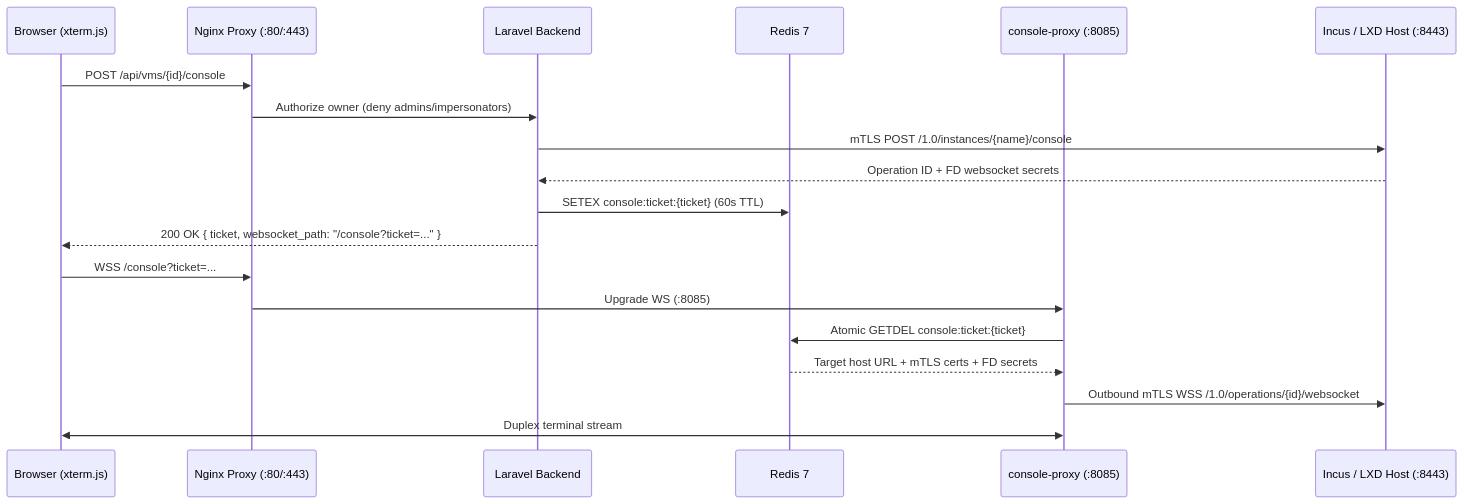
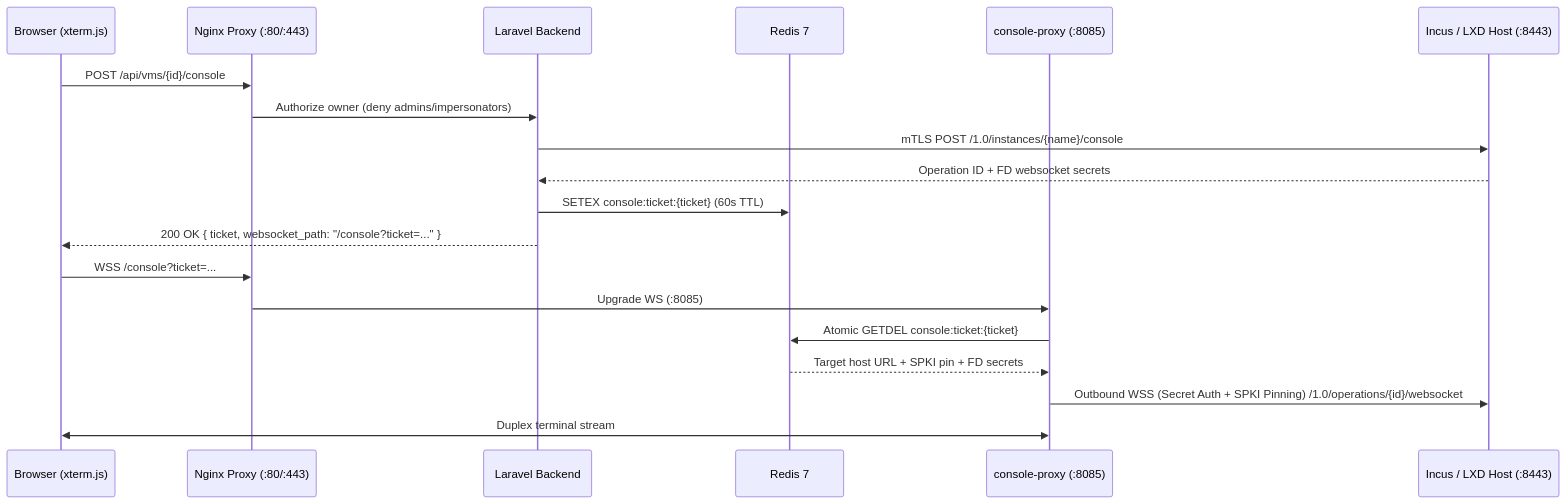
One commit to schmasterz/ognivo changed the diagram in docs/features/console.md. Above: the diagram before and after it, drawn with Mermaid. The commit also changed other lines of this file and 16 other files, not shown here.

First line of the commit message:
fix: harden console proxy pin verification, production redis auth, and impersonation token security

````diff
--- a/docs/features/console.md
+++ b/docs/features/console.md
@@ -9,22 +9,22 @@
 ```mermaid
 sequenceDiagram
     participant Browser as Browser (xterm.js)
     participant Nginx as Nginx Proxy (:80/:443)
     participant API as Laravel Backend
     participant Redis as Redis 7
     participant Proxy as console-proxy (:8085)
     participant Incus as Incus / LXD Host (:8443)
 
     Browser->>Nginx: POST /api/vms/{id}/console
     Nginx->>API: Authorize owner (deny admins/impersonators)
     API->>Incus: mTLS POST /1.0/instances/{name}/console
     Incus-->>API: Operation ID + FD websocket secrets
     API->>Redis: SETEX console:ticket:{ticket} (60s TTL)
     API-->>Browser: 200 OK { ticket, websocket_path: "/console?ticket=..." }
     Browser->>Nginx: WSS /console?ticket=...
     Nginx->>Proxy: Upgrade WS (:8085)
     Proxy->>Redis: Atomic GETDEL console:ticket:{ticket}
-    Redis-->>Proxy: Target host URL + mTLS certs + FD secrets
-    Proxy->>Incus: Outbound mTLS WSS /1.0/operations/{id}/websocket
+    Redis-->>Proxy: Target host URL + SPKI pin + FD secrets
+    Proxy->>Incus: Outbound WSS (Secret Auth + SPKI Pinning) /1.0/operations/{id}/websocket
     Proxy<<->>Browser: Duplex terminal stream
 ```
````
